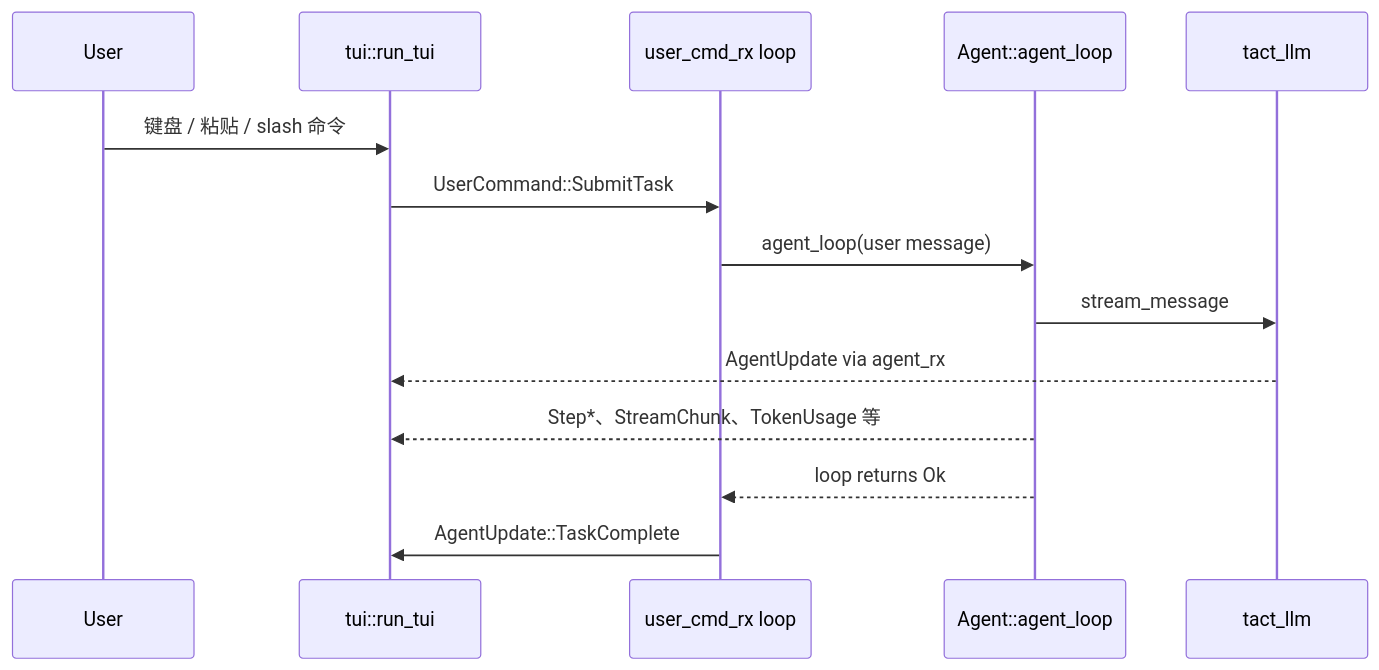
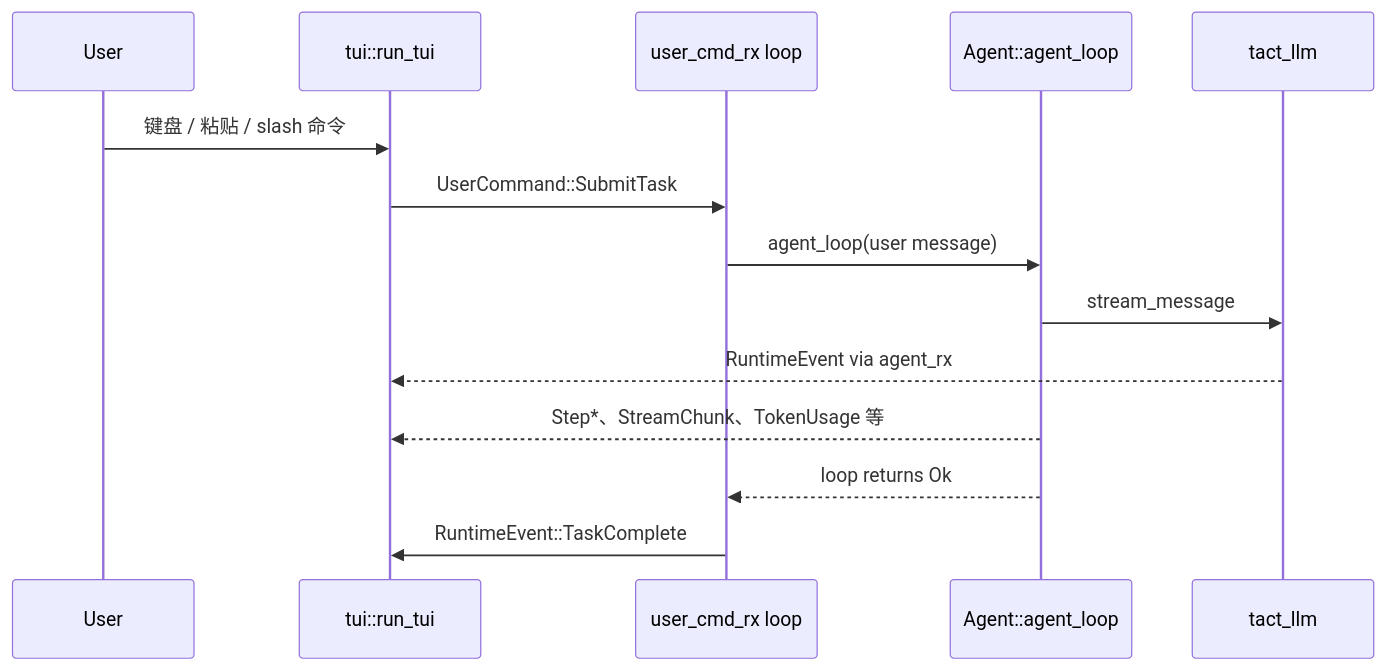
Before and after one commit to rust-infra/tact: the first of 3 diagrams in book/23_chapter_tui_zh.md, drawn with Mermaid. The commit also changed other lines of this file and 17 other files, not shown here.

First line of the commit message:
docs(book): the agent→TUI enum is RuntimeEvent, not AgentUpdate

````diff
--- a/book/23_chapter_tui_zh.md
+++ b/book/23_chapter_tui_zh.md
@@ -11,17 +11,17 @@
 ```mermaid
 sequenceDiagram
     participant User
     participant TUI as tui::run_tui
     participant Cmd as user_cmd_rx loop
     participant Agent as Agent::agent_loop
     participant LLM as tact_llm
 
     User->>TUI: 键盘 / 粘贴 / slash 命令
     TUI->>Cmd: UserCommand::SubmitTask
     Cmd->>Agent: agent_loop(user message)
     Agent->>LLM: stream_message
-    LLM-->>TUI: AgentUpdate via agent_rx
+    LLM-->>TUI: RuntimeEvent via agent_rx
     Agent-->>TUI: Step*、StreamChunk、TokenUsage 等
     Agent-->>Cmd: loop returns Ok
-    Cmd->>TUI: AgentUpdate::TaskComplete
+    Cmd->>TUI: RuntimeEvent::TaskComplete
 ```
````
